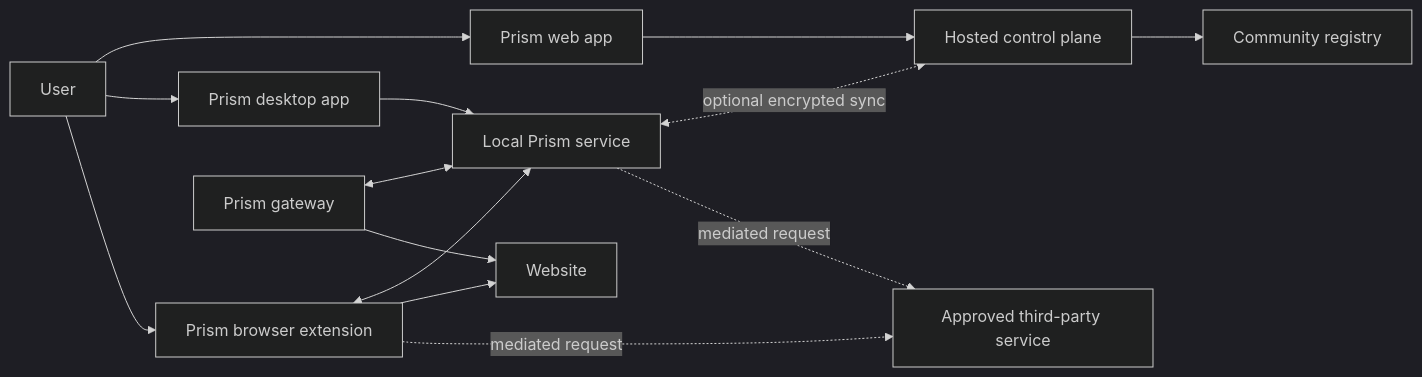
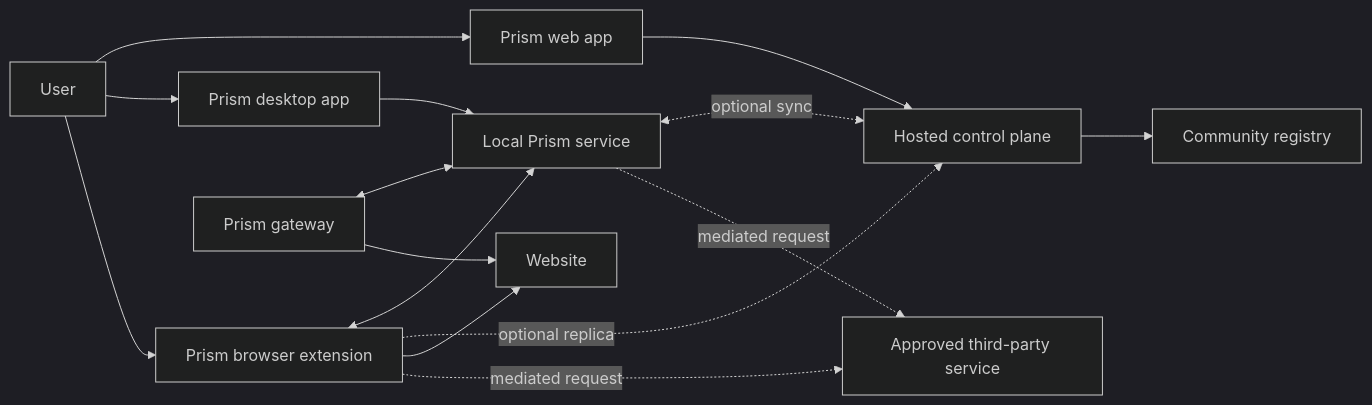
One commit to bearjcc/Prism changed the first of 2 diagrams in Documentation/architecture.md. Above: the diagram before and after it, drawn with Mermaid (dark theme). The commit also changed other lines of this file and 25 other files, not shown here.

````diff
--- a/Documentation/architecture.md
+++ b/Documentation/architecture.md
@@ -94,27 +94,28 @@
 ```mermaid
 flowchart LR
     User[User]
     Web[Prism web app]
     Desktop[Prism desktop app]
     Service[Local Prism service]
     Extension[Prism browser extension]
     Gateway[Prism gateway]
     Control[Hosted control plane]
     Registry[Community registry]
     Page[Website]
     Provider[Approved third-party service]
 
     User --> Web
     User --> Desktop
     User --> Extension
     Desktop --> Service
     Extension <--> Service
     Gateway <--> Service
-    Service <-. optional encrypted sync .-> Control
+    Service <-. optional sync .-> Control
     Web --> Control
+    Extension -. optional replica .-> Control
     Control --> Registry
     Extension --> Page
     Gateway --> Page
     Extension -. mediated request .-> Provider
     Service -. mediated request .-> Provider
 ```
````
